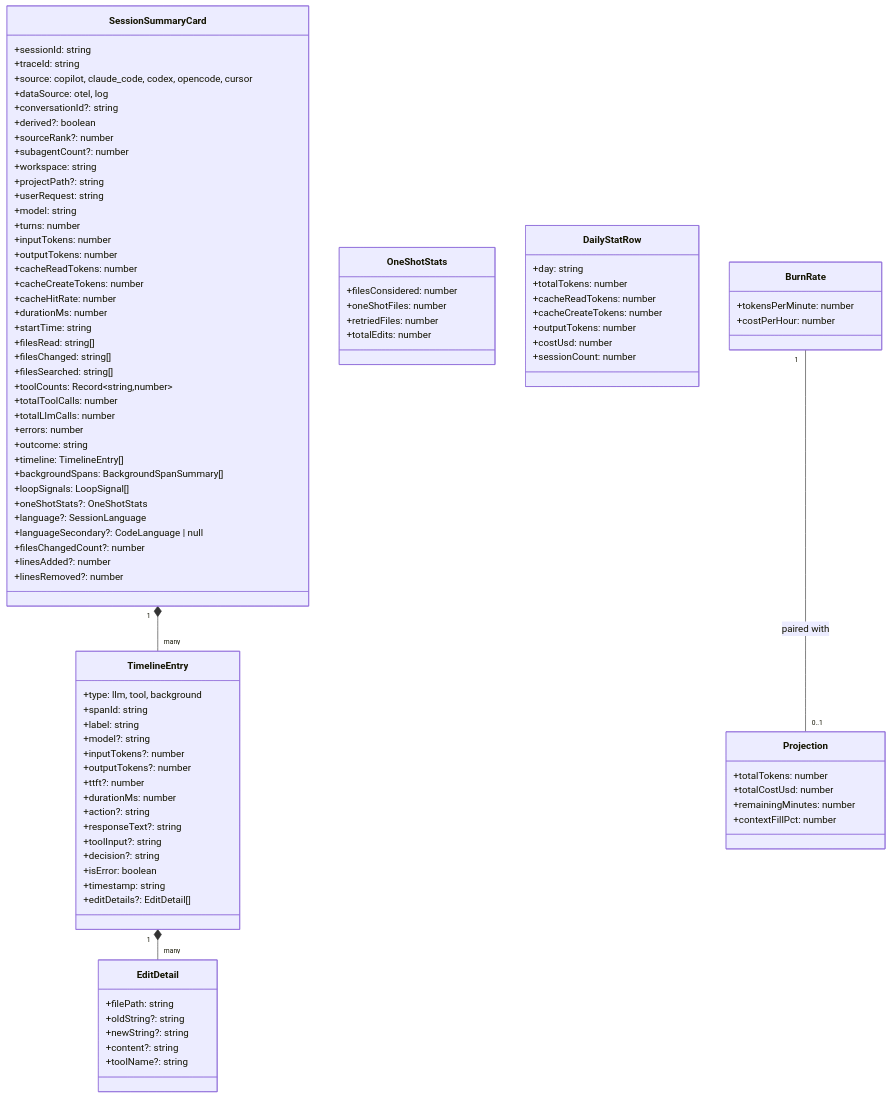
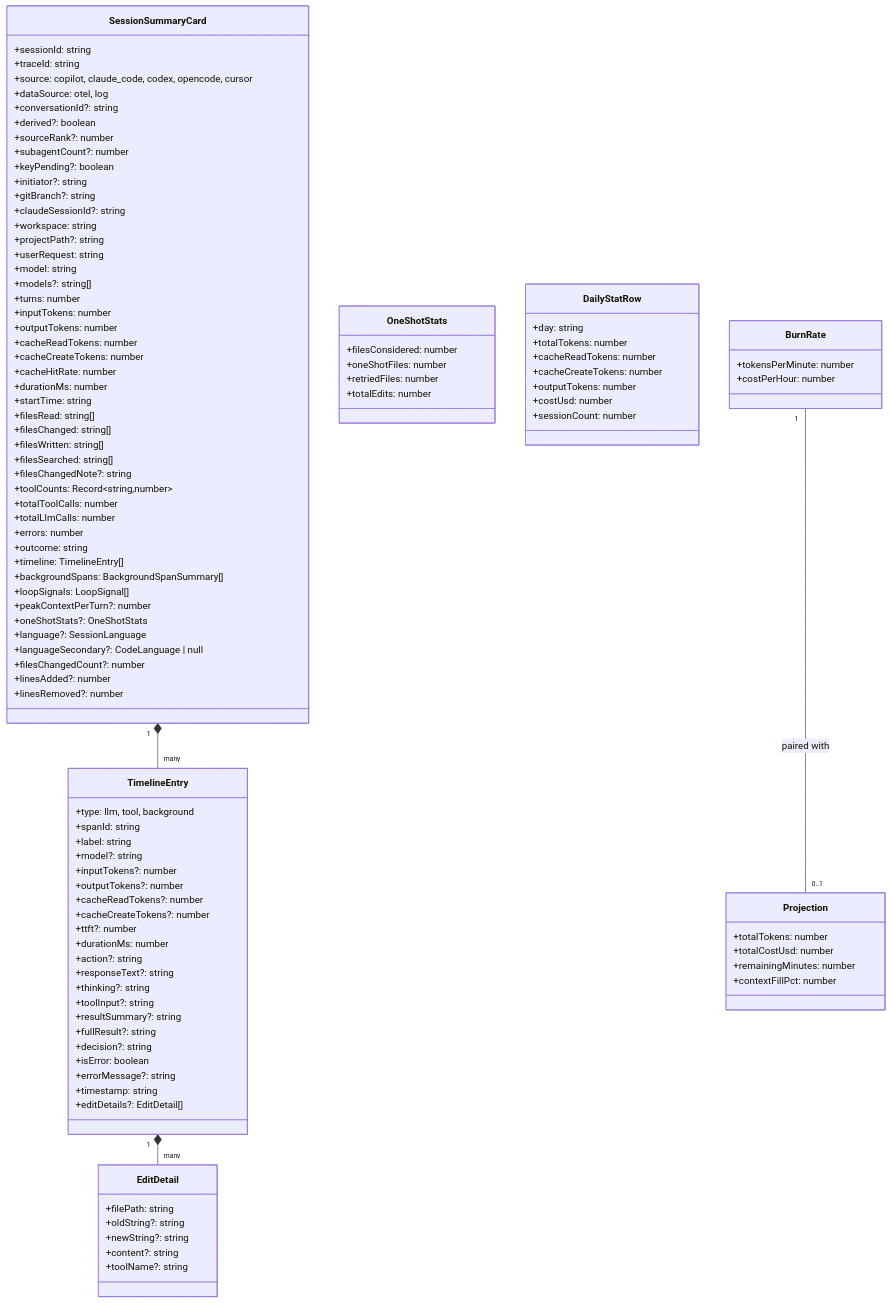
Diagram 12 of 20 in ARCHITECTURE.md (traceroost/core), drawn with Mermaid before and after one commit. The commit also changed other lines of this file and 2 other files, not shown here.

```diff
--- a/ARCHITECTURE.md
+++ b/ARCHITECTURE.md
@@ -684,10 +683,15 @@
         +derived?: boolean
         +sourceRank?: number
         +subagentCount?: number
+        +keyPending?: boolean
+        +initiator?: string
+        +gitBranch?: string
+        +claudeSessionId?: string
         +workspace: string
         +projectPath?: string
         +userRequest: string
         +model: string
+        +models?: string[]
         +turns: number
         +inputTokens: number
         +outputTokens: number
@@ -698,7 +702,9 @@
         +startTime: string
         +filesRead: string[]
         +filesChanged: string[]
+        +filesWritten: string[]
         +filesSearched: string[]
+        +filesChangedNote?: string
         +toolCounts: Record~string,number~
         +totalToolCalls: number
         +totalLlmCalls: number
@@ -707,6 +713,7 @@
         +timeline: TimelineEntry[]
         +backgroundSpans: BackgroundSpanSummary[]
         +loopSignals: LoopSignal[]
+        +peakContextPerTurn?: number
         +oneShotStats?: OneShotStats
         +language?: SessionLanguage
         +languageSecondary?: CodeLanguage | null
@@ -729,13 +736,19 @@
         +model?: string
         +inputTokens?: number
         +outputTokens?: number
+        +cacheReadTokens?: number
+        +cacheCreateTokens?: number
         +ttft?: number
         +durationMs: number
         +action?: string
         +responseText?: string
+        +thinking?: string
         +toolInput?: string
+        +resultSummary?: string
+        +fullResult?: string
         +decision?: string
         +isError: boolean
+        +errorMessage?: string
         +timestamp: string
         +editDetails?: EditDetail[]
     }
```
